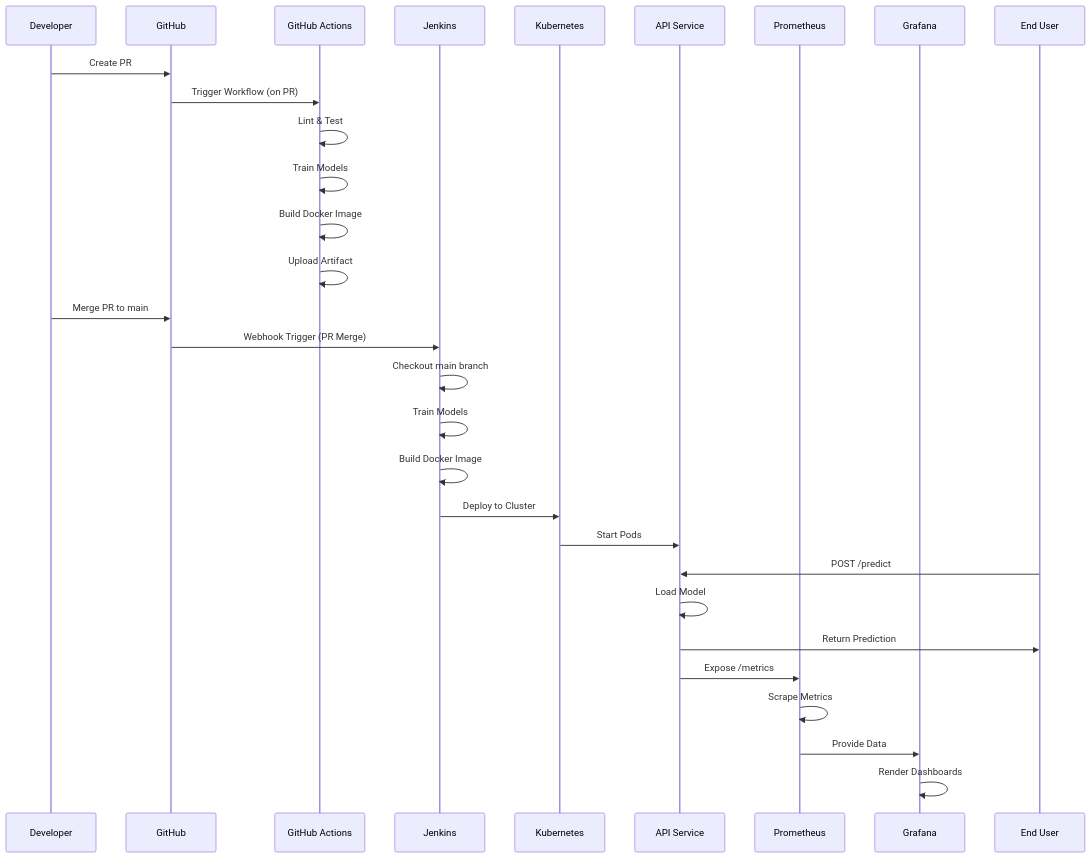
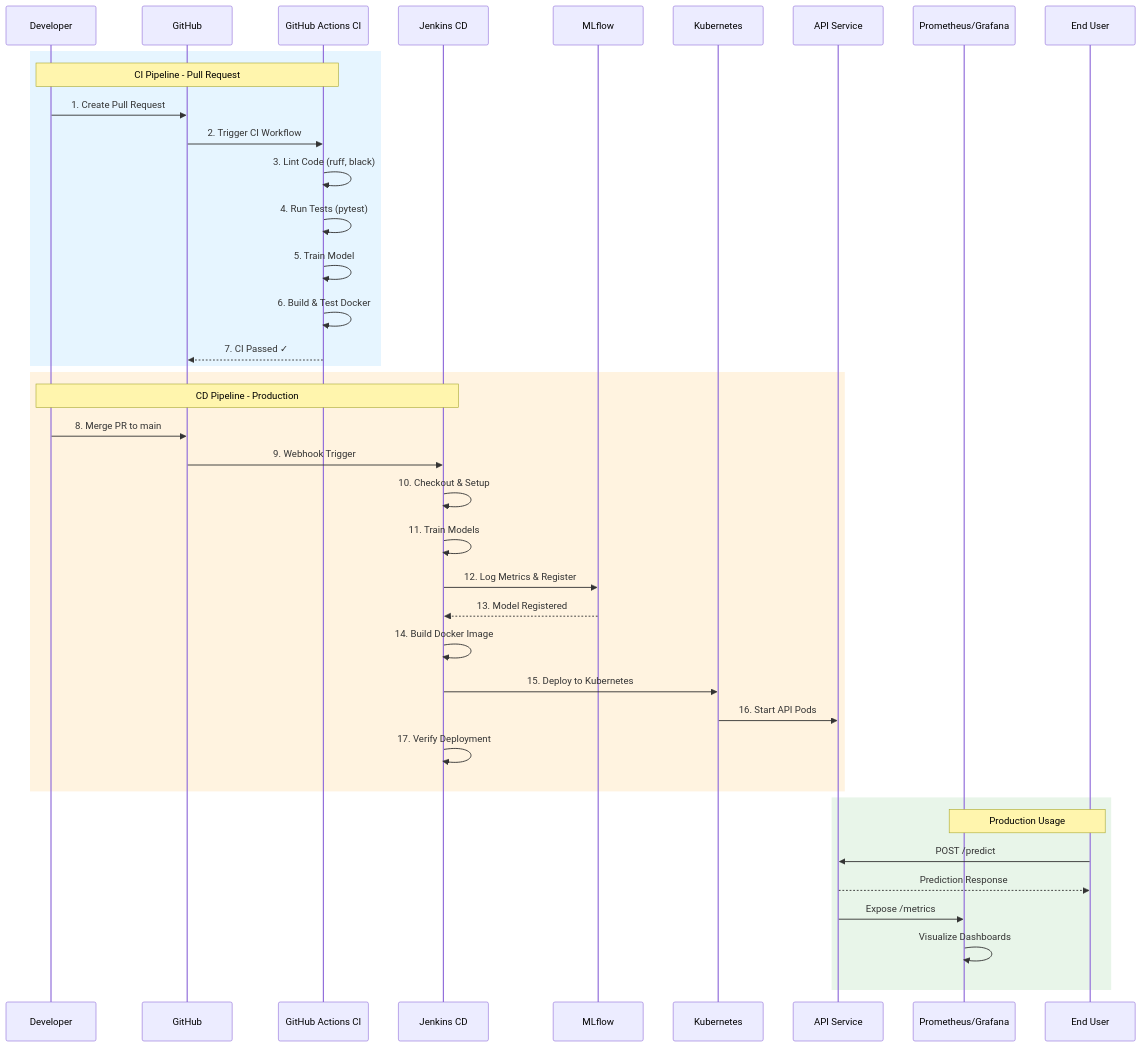
The second of 9 diagrams in README.md (2024aa05820/heart-disease-mlops), drawn with Mermaid before and after one commit. The commit also changed other lines of this file, not shown here.

First line of the commit message:
Fix High-Level Architecture to match actual CI/CD flow

````diff
--- a/README.md
+++ b/README.md
@@ -98,36 +110,45 @@
 ```mermaid
 sequenceDiagram
     participant Dev as Developer
     participant GH as GitHub
-    participant GA as GitHub Actions
-    participant J as Jenkins
+    participant GA as GitHub Actions CI
+    participant J as Jenkins CD
+    participant MLF as MLflow
     participant K8s as Kubernetes
     participant API as API Service
-    participant Prom as Prometheus
-    participant Graf as Grafana
+    participant Mon as Prometheus/Grafana
     participant User as End User
     
-    Dev->>GH: Create PR
-    GH->>GA: Trigger Workflow (on PR)
-    GA->>GA: Lint & Test
-    GA->>GA: Train Models
-    GA->>GA: Build Docker Image
-    GA->>GA: Upload Artifact
+    rect rgb(230, 245, 255)
+        Note over Dev,GA: CI Pipeline - Pull Request
+        Dev->>GH: 1. Create Pull Request
+        GH->>GA: 2. Trigger CI Workflow
+        GA->>GA: 3. Lint Code (ruff, black)
+        GA->>GA: 4. Run Tests (pytest)
+        GA->>GA: 5. Train Model
+        GA->>GA: 6. Build & Test Docker
+        GA-->>GH: 7. CI Passed ✓
+    end
     
-    Dev->>GH: Merge PR to main
-    GH->>J: Webhook Trigger (PR Merge)
-    J->>J: Checkout main branch
-    J->>J: Train Models
-    J->>J: Build Docker Image
-    J->>K8s: Deploy to Cluster
-    K8s->>API: Start Pods
+    rect rgb(255, 243, 224)
+        Note over Dev,J: CD Pipeline - Production
+        Dev->>GH: 8. Merge PR to main
+        GH->>J: 9. Webhook Trigger
+        J->>J: 10. Checkout & Setup
+        J->>J: 11. Train Models
+        J->>MLF: 12. Log Metrics & Register
+        MLF-->>J: 13. Model Registered
+        J->>J: 14. Build Docker Image
+        J->>K8s: 15. Deploy to Kubernetes
+        K8s->>API: 16. Start API Pods
+        J->>J: 17. Verify Deployment
+    end
     
-    User->>API: POST /predict
-    API->>API: Load Model
-    API->>User: Return Prediction
-    
-    API->>Prom: Expose /metrics
-    Prom->>Prom: Scrape Metrics
-    Prom->>Graf: Provide Data
-    Graf->>Graf: Render Dashboards
+    rect rgb(232, 245, 233)
+        Note over User,Mon: Production Usage
+        User->>API: POST /predict
+        API-->>User: Prediction Response
+        API->>Mon: Expose /metrics
+        Mon->>Mon: Visualize Dashboards
+    end
 ```
````
